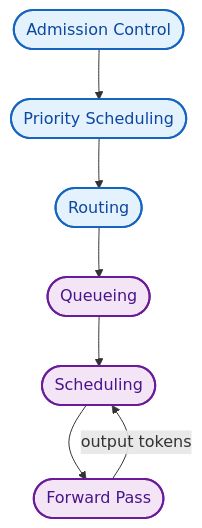
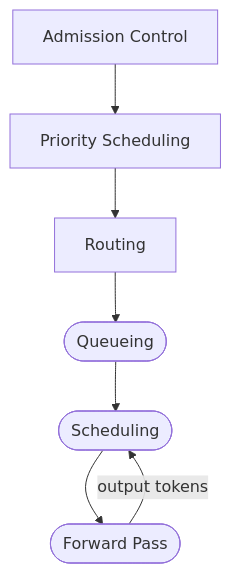
Before and after one commit to inference-sim/inference-sim: the diagram in docs/blog/posts/why-simulate-before-you-scale.md, drawn with Mermaid. The commit also changed other lines of this file, not shown here.

Commit message:
fix(docs): drop custom colors, use node shapes for theme compatibility
Remove all classDef styling so mermaid uses the default Material
theme which adapts to light/dark mode automatically. Differentiate
cluster (rectangles) vs instance (stadium/rounded) by shape instead.

````diff
--- a/docs/blog/posts/why-simulate-before-you-scale.md
+++ b/docs/blog/posts/why-simulate-before-you-scale.md
@@ -46,15 +46,12 @@
 ```mermaid
 flowchart TD
-    AC(["Admission Control"]):::cluster
-    PS(["Priority Scheduling"]):::cluster
-    RT(["Routing"]):::cluster
-    Q(["Queueing"]):::instance
-    S(["Scheduling"]):::instance
-    FP(["Forward Pass"]):::instance
+    AC["Admission Control"]
+    PS["Priority Scheduling"]
+    RT["Routing"]
+    Q(["Queueing"])
+    S(["Scheduling"])
+    FP(["Forward Pass"])
 
     AC --> PS --> RT --> Q --> S --> FP
     FP -->|"output tokens"| S
-
-    classDef cluster fill:#e3f2fd,color:#0d47a1,stroke:#1565c0,stroke-width:2px
-    classDef instance fill:#f3e5f5,color:#4a148c,stroke:#6a1b9a,stroke-width:2px
 ```
````
